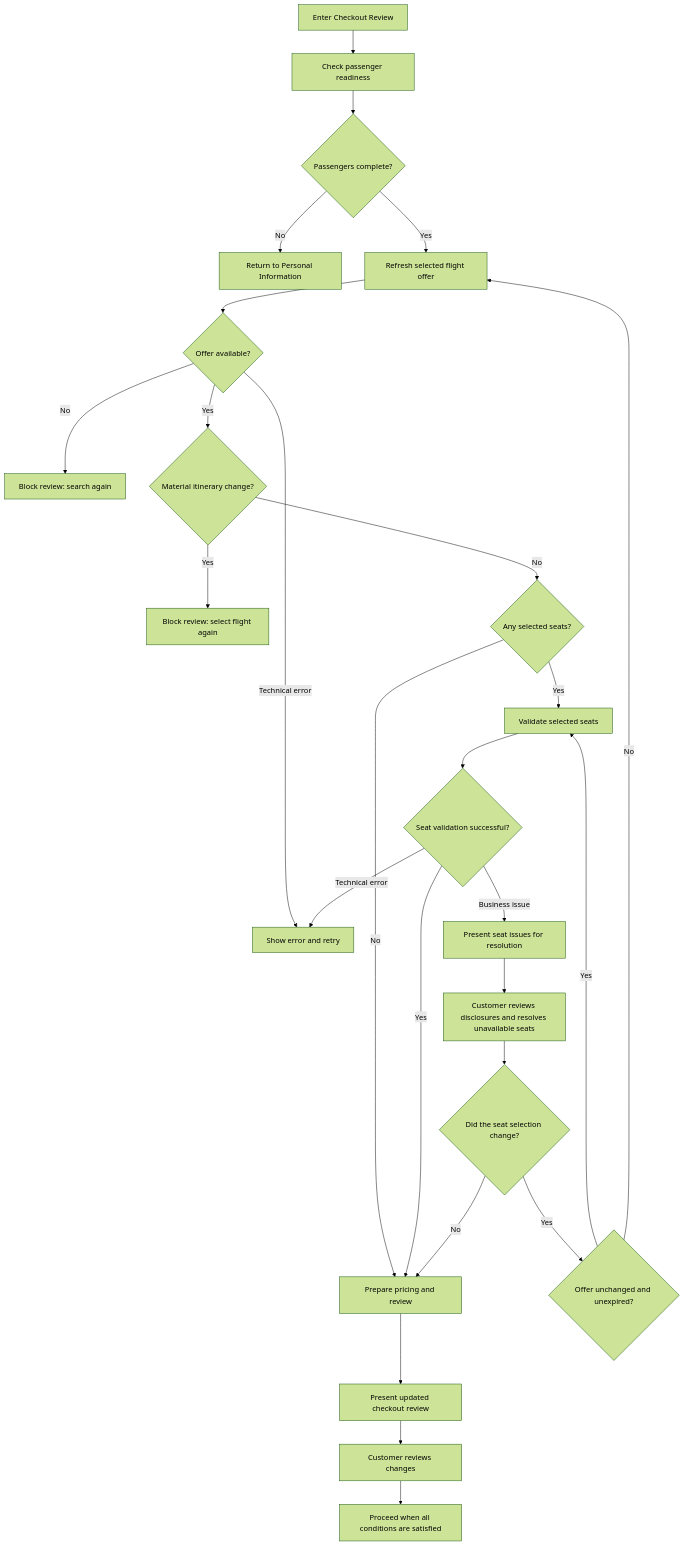
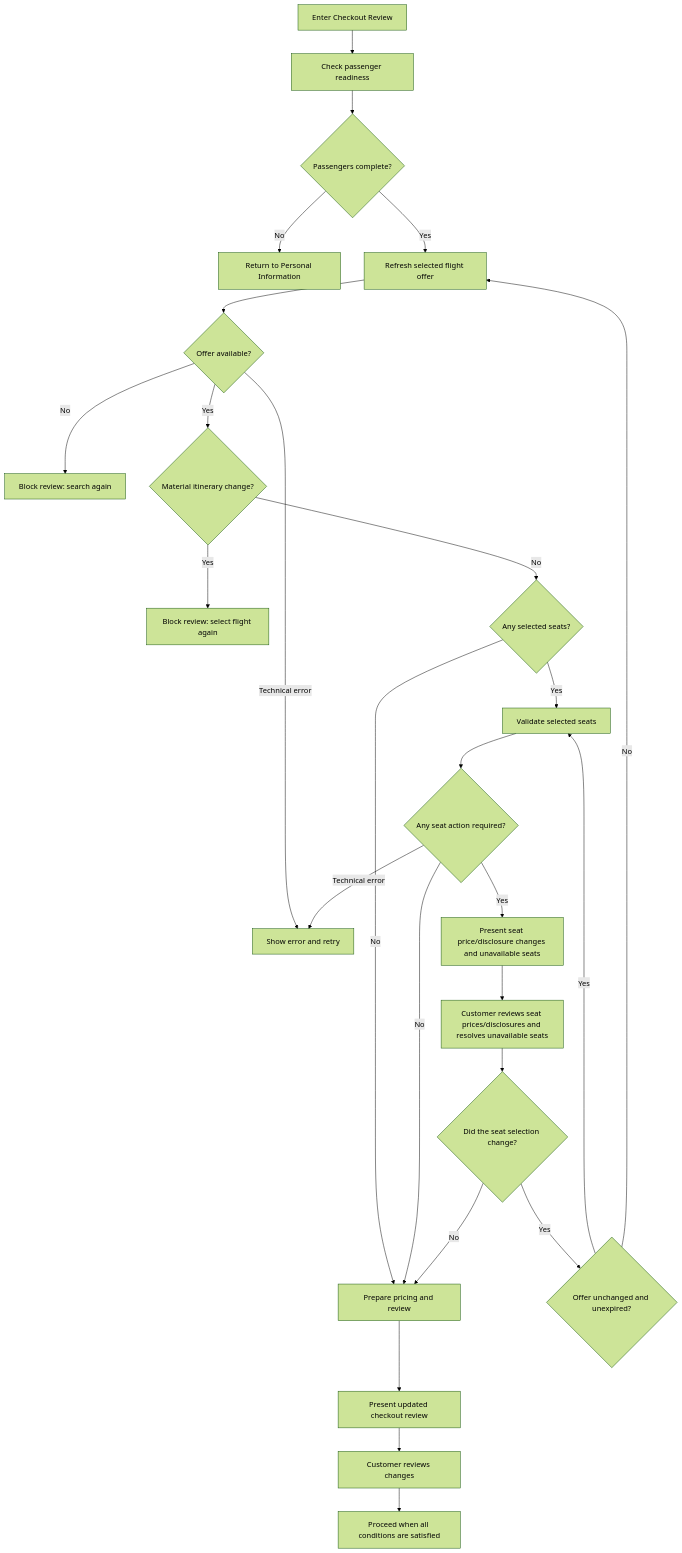
One commit to kamtafw/book-flight changed the diagram in docs/booking/br-05-checkout-review.md. Above: the diagram before and after it, drawn with Mermaid (forest theme). The commit also changed other lines of this file, not shown here.

Commit message:
docs: correct BR-05 contract formatting and review flow

````diff
--- a/docs/booking/br-05-checkout-review.md
+++ b/docs/booking/br-05-checkout-review.md
@@ -419,28 +418,28 @@
 ```mermaid
 flowchart TD
     A["Enter Checkout Review"] --> B["Check passenger readiness"]
     B --> C{"Passengers complete?"}
     C -- No --> D["Return to Personal Information"]
     C -- Yes --> E["Refresh selected flight offer"]
     E --> F{"Offer available?"}
     F -- No --> G["Block review: search again"]
     F -- Technical error --> H["Show error and retry"]
     F -- Yes --> I{"Material itinerary change?"}
     I -- Yes --> J["Block review: select flight again"]
     I -- No --> K{"Any selected seats?"}
     K -- No --> N["Prepare pricing and review"]
     K -- Yes --> L["Validate selected seats"]
-    L --> M{"Seat validation successful?"}
+    L --> M{"Any seat action required?"}
     M -- Technical error --> H
-    M -- Business issue --> O["Present seat issues for resolution"]
-    M -- Yes --> N
-    O --> P["Customer reviews disclosures and resolves unavailable seats"]
+    M -- Yes --> O["Present seat price/disclosure changes and unavailable seats"]
+    M -- No --> N
+    O --> P["Customer reviews seat prices/disclosures and resolves unavailable seats"]
     P --> T{"Did the seat selection change?"}
     T -- No --> N
     T -- Yes --> U{"Offer unchanged and unexpired?"}
     U -- Yes --> L
     U -- No --> E
     N --> Q["Present updated checkout review"]
     Q --> R["Customer reviews changes"]
     R --> S["Proceed when all conditions are satisfied"]
 ```
````
